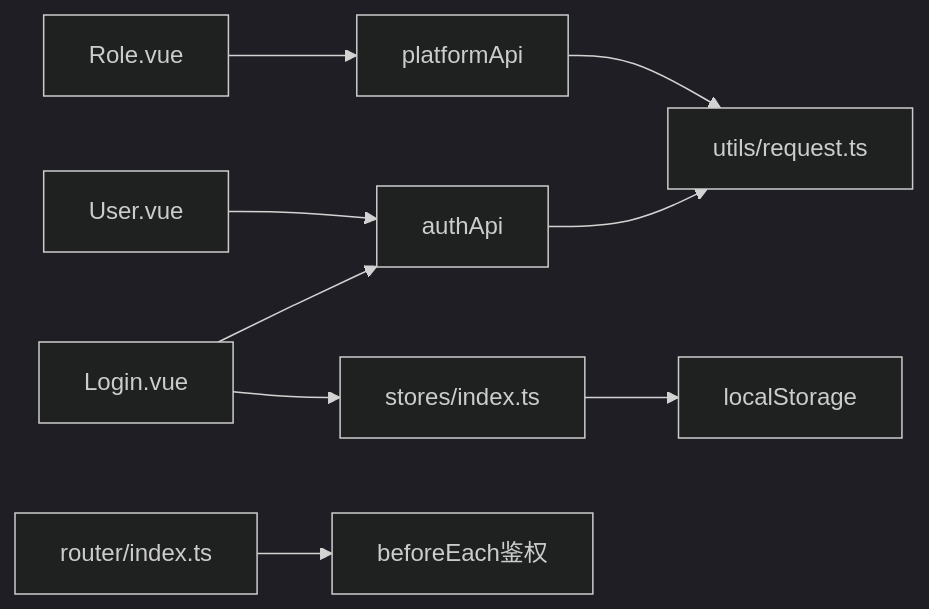
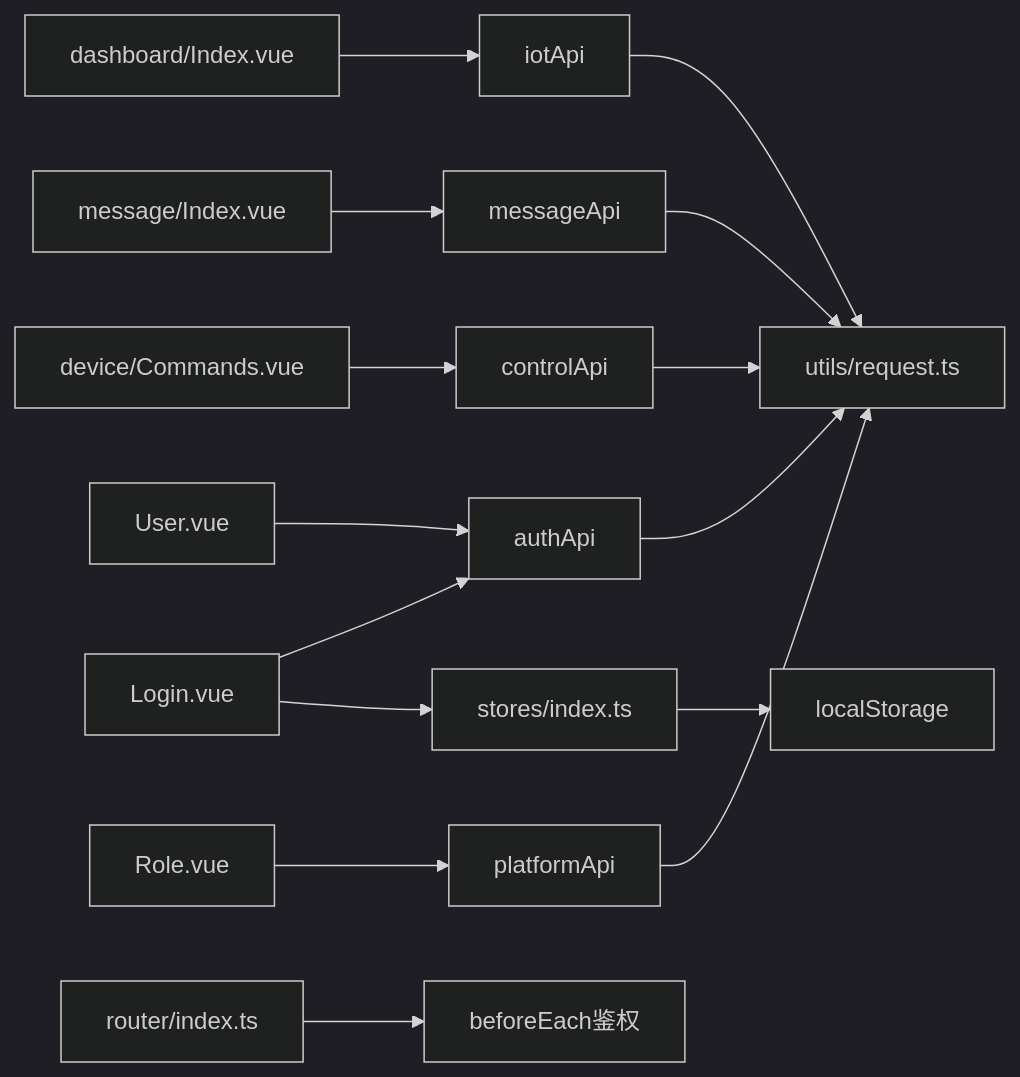
Before and after one commit to q446328246/agri-platform: diagram 12 of 12 in .qoder/repowiki/zh/content/前端应用文档/核心页面/系统管理页面/系统管理页面.md, drawn with Mermaid (dark theme). The commit also changed other lines of this file and 84 other files, not shown here.

````diff
--- a/.qoder/repowiki/zh/content/前端应用文档/核心页面/系统管理页面/系统管理页面.md
+++ b/.qoder/repowiki/zh/content/前端应用文档/核心页面/系统管理页面/系统管理页面.md
@@ -303,11 +495,17 @@
 ```mermaid
 graph LR
 Login["Login.vue"] --> AuthAPI["authApi"]
 User["User.vue"] --> AuthAPI
 Role["Role.vue"] --> PlatformAPI["platformApi"]
-AuthAPI --> Request["utils/request.ts"]
+Message["message/Index.vue"] --> MessageAPI["messageApi"]
+Commands["device/Commands.vue"] --> ControlAPI["controlApi"]
+Dashboard["dashboard/Index.vue"] --> IotAPI["iotApi"]
+IotAPI --> Request["utils/request.ts"]
+MessageAPI --> Request
+ControlAPI --> Request
+AuthAPI --> Request
 PlatformAPI --> Request
 Login --> Store["stores/index.ts"]
 Store --> LocalStorage["localStorage"]
 Router["router/index.ts"] --> Guard["beforeEach鉴权"]
 ```
````
